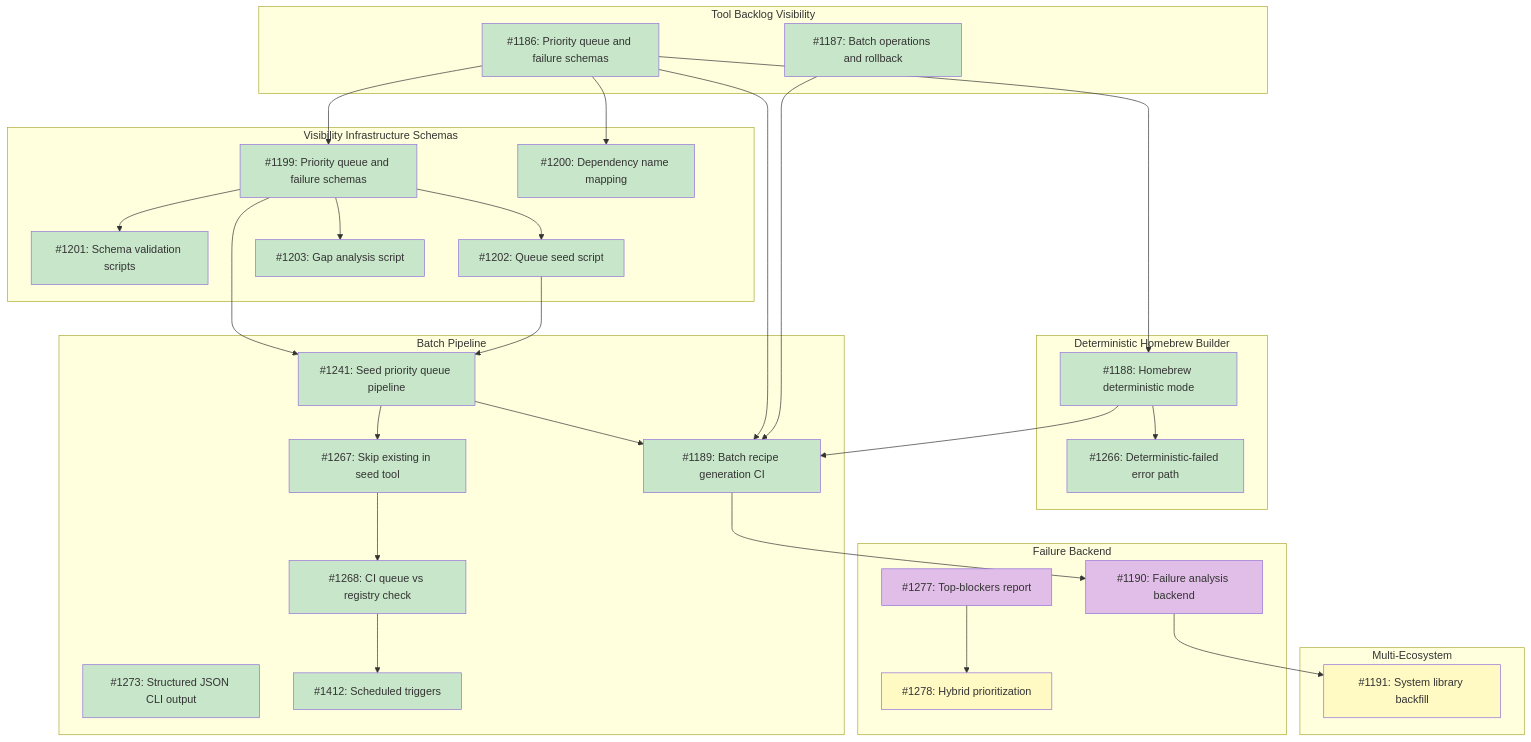
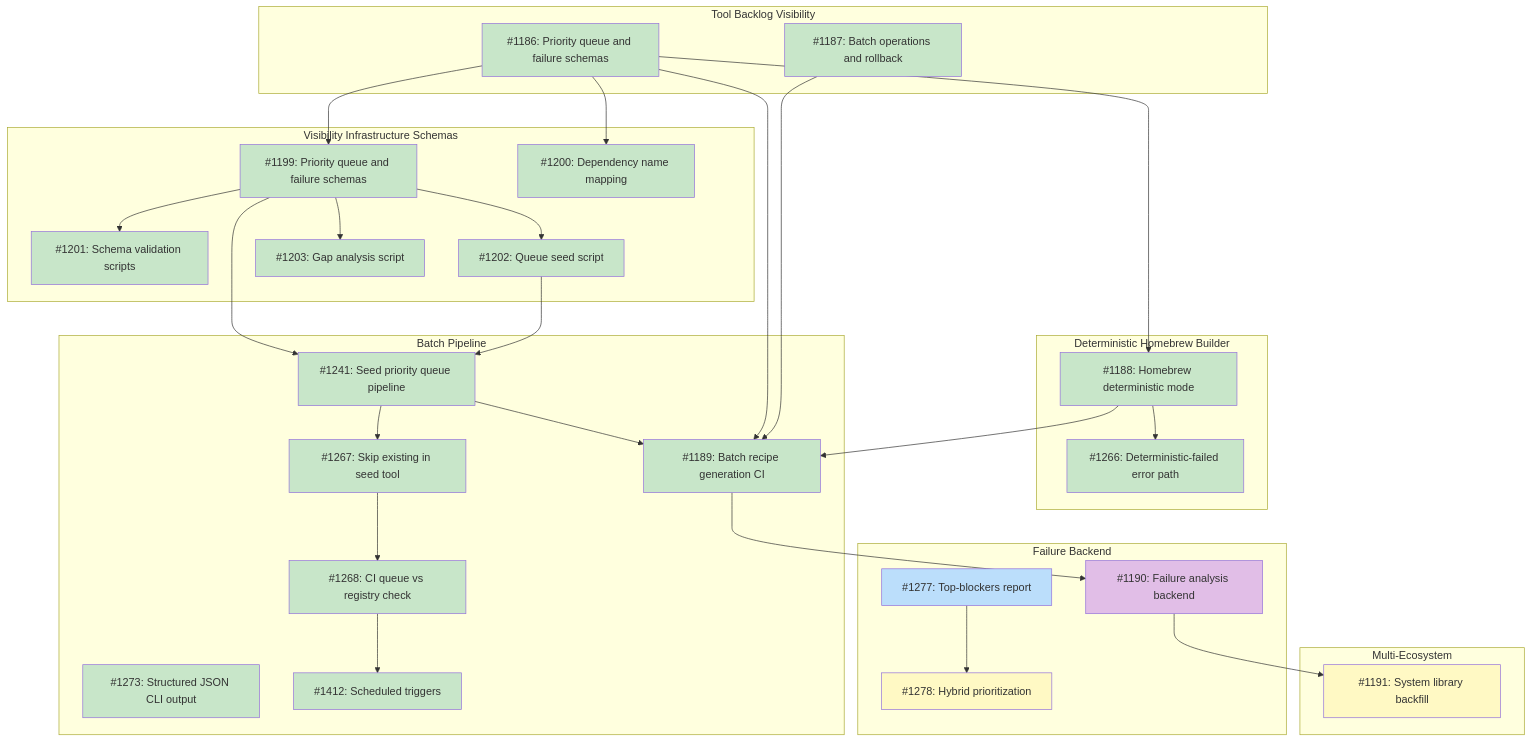
The diagram in docs/designs/DESIGN-registry-scale-strategy.md (tsukumogami/tsuku), drawn with Mermaid before and after one commit.

Commit message:
fix(docs): correct diagram class for #1277 in registry scale strategy
Issue #1277 has no labels but was marked as needsDesign in the Mermaid
diagram. Update to ready since it's an open issue with no blockers.

```diff
--- a/docs/designs/DESIGN-registry-scale-strategy.md
+++ b/docs/designs/DESIGN-registry-scale-strategy.md
@@ -152,7 +152,7 @@
     class I1273 done
     class I1266 done
     class I1190 needsDesign
-    class I1277 needsDesign
+    class I1277 ready
     class I1278 blocked
     class I1412 done
     class I1191 blocked
```
